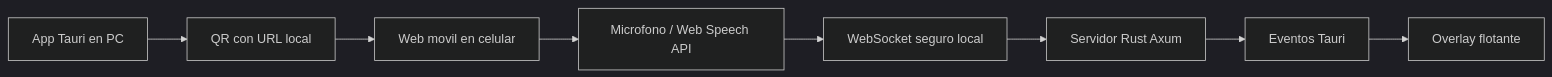
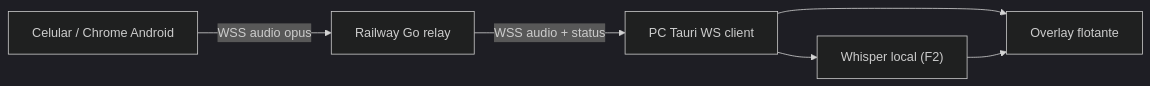
Before and after one commit to Dieg0Code/aiep-subtitulos: the diagram in README.md, drawn with Mermaid (dark theme). The commit also changed other lines of this file and 18 other files, not shown here.

````diff
--- a/README.md
+++ b/README.md
@@ -234,10 +136,8 @@
 ```mermaid
 flowchart LR
-  PC["App Tauri en PC"] --> QR["QR con URL local"]
-  QR --> Phone["Web movil en celular"]
-  Phone --> Mic["Microfono / Web Speech API"]
-  Mic --> WS["WebSocket seguro local"]
-  WS --> Rust["Servidor Rust Axum"]
-  Rust --> Events["Eventos Tauri"]
-  Events --> Overlay["Overlay flotante"]
+  Phone["Celular / Chrome Android"] -- WSS audio opus --> Relay["Railway Go relay"]
+  Relay -- WSS audio + status --> Tauri["PC Tauri WS client"]
+  Tauri --> Overlay["Overlay flotante"]
+  Tauri --> Whisper["Whisper local (F2)"]
+  Whisper --> Overlay
 ```
````
